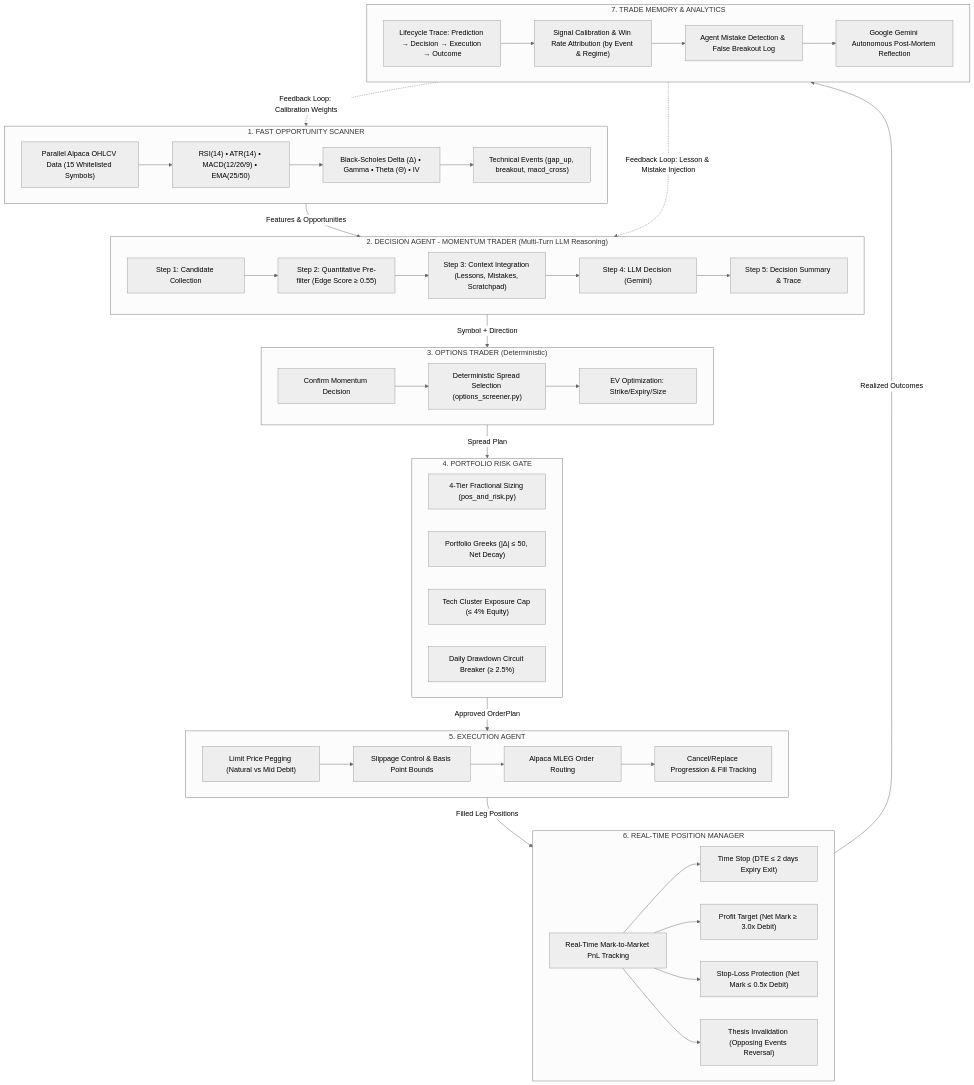
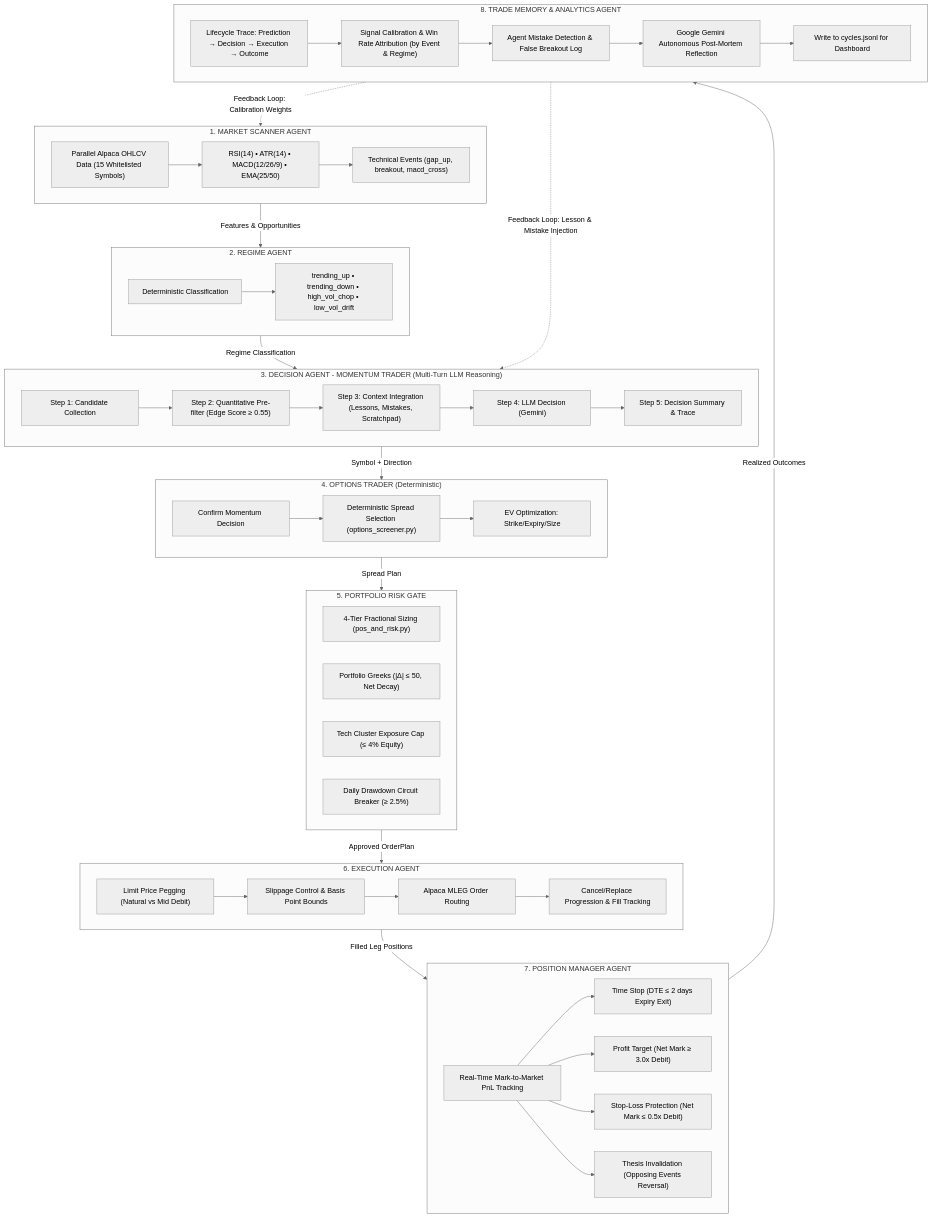
The diagram in README.md (maria2469/Alpaca-Ai-Hackathon), drawn with Mermaid (neutral theme) before and after one commit. The commit also changed other lines of this file and 3 other files, not shown here.

Commit message:
feat: implement LangGraph orchestrator for multi-agent trading workflow with performance monitoring and timeout handling

````diff
--- a/README.md
+++ b/README.md
@@ -33,68 +35,75 @@
 ```mermaid
 flowchart TD
-    subgraph S1["1. FAST OPPORTUNITY SCANNER"]
+    subgraph S1["1. MARKET SCANNER AGENT"]
         S_DATA["Parallel Alpaca OHLCV Data (15 Whitelisted Symbols)"]
         S_IND["RSI(14) • ATR(14) • MACD(12/26/9) • EMA(25/50)"]
-        S_GREEK["Black-Scholes Delta (Δ) • Gamma • Theta (Θ) • IV"]
         S_EVT["Technical Events (gap_up, breakout, macd_cross)"]
-        S_DATA --> S_IND --> S_GREEK --> S_EVT
+        S_DATA --> S_IND --> S_EVT
     end
 
-    subgraph S2["2. DECISION AGENT - MOMENTUM TRADER (Multi-Turn LLM Reasoning)"]
+    subgraph S2["2. REGIME AGENT"]
+        R_CLASS["Deterministic Classification"]
+        R_TYPES["trending_up • trending_down • high_vol_chop • low_vol_drift"]
+        R_CLASS --> R_TYPES
+    end
+
+    subgraph S3["3. DECISION AGENT - MOMENTUM TRADER (Multi-Turn LLM Reasoning)"]
         MT_COLLECT["Step 1: Candidate Collection"]
         MT_QUANT["Step 2: Quantitative Pre-filter (Edge Score ≥ 0.55)"]
         MT_CONTEXT["Step 3: Context Integration (Lessons, Mistakes, Scratchpad)"]
         MT_LLM["Step 4: LLM Decision (Gemini)"]
         MT_SUMMARY["Step 5: Decision Summary & Trace"]
         MT_COLLECT --> MT_QUANT --> MT_CONTEXT --> MT_LLM --> MT_SUMMARY
     end
 
-    subgraph S3["3. OPTIONS TRADER (Deterministic)"]
+    subgraph S4["4. OPTIONS TRADER (Deterministic)"]
         OT_CONFIRM["Confirm Momentum Decision"]
         OT_SCREEN["Deterministic Spread Selection (options_screener.py)"]
         OT_OPT["EV Optimization: Strike/Expiry/Size"]
         OT_CONFIRM --> OT_SCREEN --> OT_OPT
     end
 
-    subgraph S4["4. PORTFOLIO RISK GATE"]
+    subgraph S5["5. PORTFOLIO RISK GATE"]
         RG_SIZING["4-Tier Fractional Sizing (pos_and_risk.py)"]
         RG_GREEKS["Portfolio Greeks (|Δ| ≤ 50, Net Decay)"]
         RG_CLUSTER["Tech Cluster Exposure Cap (≤ 4% Equity)"]
         RG_CIRCUIT["Daily Drawdown Circuit Breaker (≥ 2.5%)"]
         RG_SIZING & RG_GREEKS & RG_CLUSTER & RG_CIRCUIT
     end
 
-    subgraph S5["5. EXECUTION AGENT"]
+    subgraph S6["6. EXECUTION AGENT"]
         EX_PEG["Limit Price Pegging (Natural vs Mid Debit)"]
         EX_SLIP["Slippage Control & Basis Point Bounds"]
         EX_ROUTE["Alpaca MLEG Order Routing"]
         EX_FILL["Cancel/Replace Progression & Fill Tracking"]
         EX_PEG --> EX_SLIP --> EX_ROUTE --> EX_FILL
     end
 
-    subgraph S6["6. REAL-TIME POSITION MANAGER"]
+    subgraph S7["7. POSITION MANAGER AGENT"]
         PM_PNL["Real-Time Mark-to-Market PnL Tracking"]
         PM_DTE["Time Stop (DTE ≤ 2 days Expiry Exit)"]
         PM_TP["Profit Target (Net Mark ≥ 3.0x Debit)"]
         PM_STOP["Stop-Loss Protection (Net Mark ≤ 0.5x Debit)"]
         PM_REV["Thesis Invalidation (Opposing Events Reversal)"]
         PM_PNL --> PM_DTE & PM_TP & PM_STOP & PM_REV
     end
 
-    subgraph S7["7. TRADE MEMORY & ANALYTICS"]
+    subgraph S8["8. TRADE MEMORY & ANALYTICS AGENT"]
         TM_TRACE["Lifecycle Trace: Prediction → Decision → Execution → Outcome"]
         TM_CALIB["Signal Calibration & Win Rate Attribution (by Event & Regime)"]
         TM_MISTAKE["Agent Mistake Detection & False Breakout Log"]
         TM_LLM["Google Gemini Autonomous Post-Mortem Reflection"]
-        TM_TRACE --> TM_CALIB --> TM_MISTAKE --> TM_LLM
+        TM_CYCLE["Write to cycles.jsonl for Dashboard"]
+        TM_TRACE --> TM_CALIB --> TM_MISTAKE --> TM_LLM --> TM_CYCLE
     end
 
     S1 -->|Features & Opportunities| S2
-    S2 -->|Symbol + Direction| S3
-    S3 -->|Spread Plan| S4
-    S4 -->|Approved OrderPlan| S5
-    S5 -->|Filled Leg Positions| S6
-    S6 -->|Realized Outcomes| S7
-    S7 -.->|Feedback Loop: Lesson & Mistake Injection| S2
-    S7 -.->|Feedback Loop: Calibration Weights| S1
+    S2 -->|Regime Classification| S3
+    S3 -->|Symbol + Direction| S4
+    S4 -->|Spread Plan| S5
+    S5 -->|Approved OrderPlan| S6
+    S6 -->|Filled Leg Positions| S7
+    S7 -->|Realized Outcomes| S8
+    S8 -.->|Feedback Loop: Lesson & Mistake Injection| S3
+    S8 -.->|Feedback Loop: Calibration Weights| S1
 ```
````
